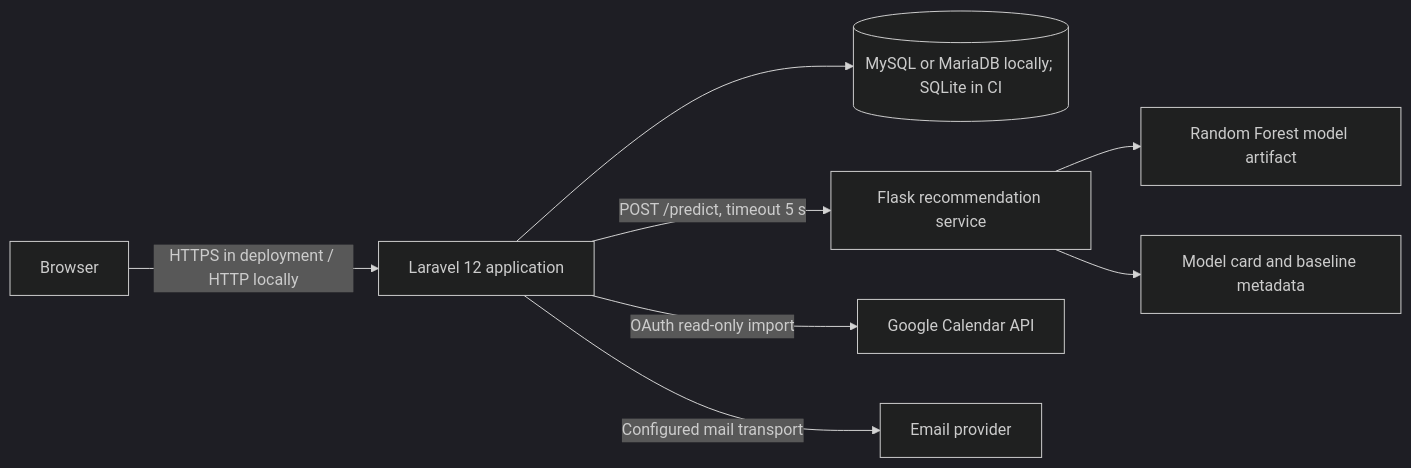
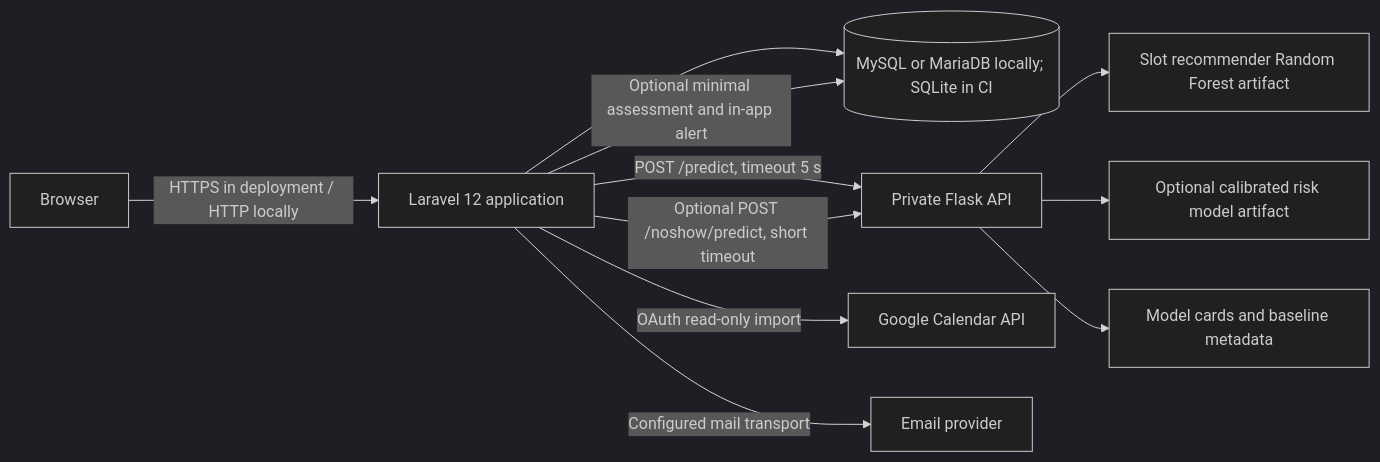
Before and after one commit to BrightSeya/wasaalifestyle: the diagram in docs/system-architecture.md, drawn with Mermaid (dark theme). The commit also changed other lines of this file and 2 other files, not shown here.

Commit message:
docs: document commitment-risk model and operations

````diff
--- a/docs/system-architecture.md
+++ b/docs/system-architecture.md
@@ -7,10 +7,13 @@
 ```mermaid
 flowchart LR
     U[Browser] -->|HTTPS in deployment / HTTP locally| L[Laravel 12 application]
     L --> DB[(MySQL or MariaDB locally; SQLite in CI)]
-    L -->|POST /predict, timeout 5 s| F[Flask recommendation service]
-    F --> M[Random Forest model artifact]
-    F --> C[Model card and baseline metadata]
+    L -->|POST /predict, timeout 5 s| F[Private Flask API]
+    L -->|Optional POST /noshow/predict, short timeout| F
+    F --> M[Slot recommender Random Forest artifact]
+    F --> R[Optional calibrated risk model artifact]
+    F --> C[Model cards and baseline metadata]
+    L -->|Optional minimal assessment and in-app alert| DB
     L -->|OAuth read-only import| G[Google Calendar API]
     L -->|Configured mail transport| E[Email provider]
 ```
````
